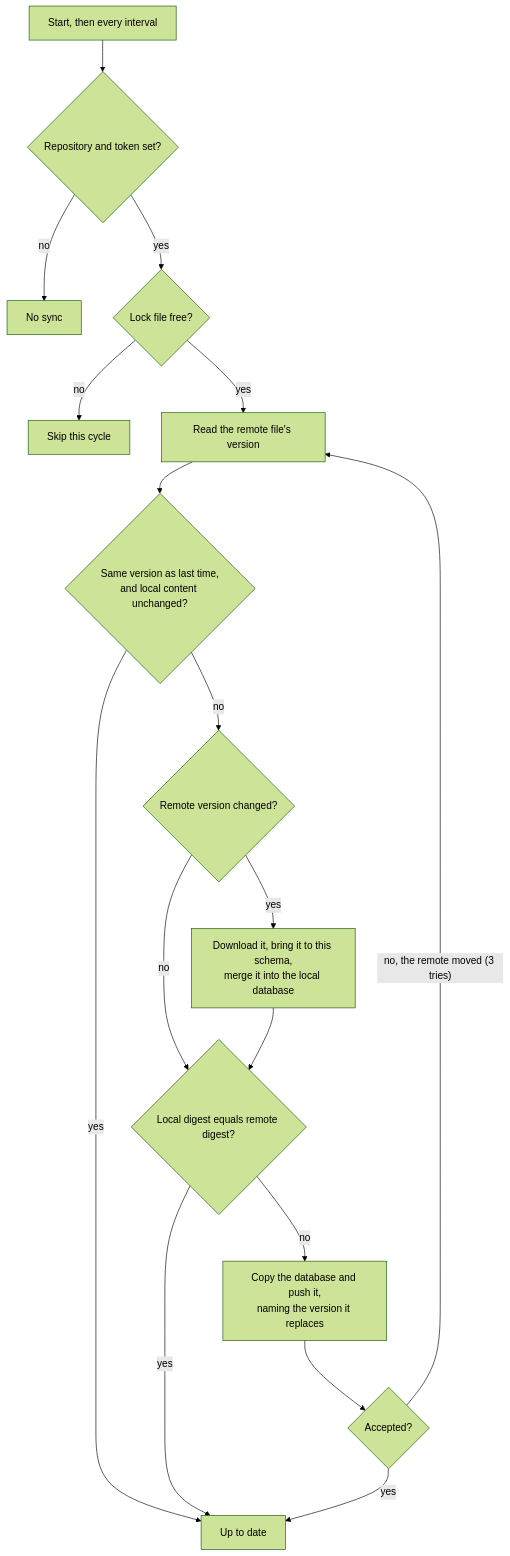
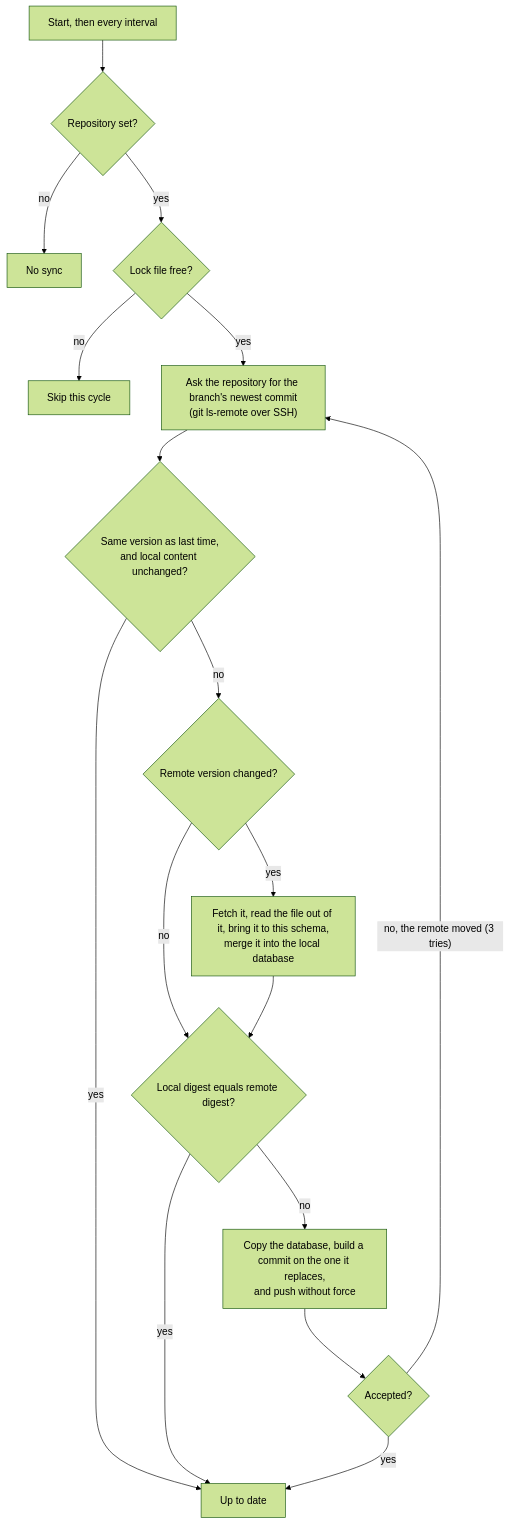
One commit to loganventer/Corvus.Mcp.Server.Tawk changed diagram 11 of 12 in HOW_IT_WORKS.md. Above: the diagram before and after it, drawn with Mermaid (forest theme). The commit also changed other lines of this file and 5 other files, not shown here.

````diff
--- a/HOW_IT_WORKS.md
+++ b/HOW_IT_WORKS.md
@@ -296,19 +296,19 @@
 ```mermaid
 flowchart TD
-    START["Start, then every interval"] --> SET{"Repository and token set?"}
+    START["Start, then every interval"] --> SET{"Repository set?"}
     SET -- no --> OFF["No sync"]
     SET -- yes --> LOCK{"Lock file free?"}
     LOCK -- no --> SKIP["Skip this cycle"]
-    LOCK -- yes --> HEAD["Read the remote file's version"]
+    LOCK -- yes --> HEAD["Ask the repository for the branch's newest commit<br/>(git ls-remote over SSH)"]
     HEAD --> SAME{"Same version as last time,<br/>and local content unchanged?"}
     SAME -- yes --> DONE["Up to date"]
     SAME -- no --> CHANGED{"Remote version changed?"}
-    CHANGED -- yes --> MERGE["Download it, bring it to this schema,<br/>merge it into the local database"]
+    CHANGED -- yes --> MERGE["Fetch it, read the file out of it, bring it to this schema,<br/>merge it into the local database"]
     CHANGED -- no --> DIGEST
     MERGE --> DIGEST{"Local digest equals remote digest?"}
     DIGEST -- yes --> DONE
-    DIGEST -- no --> PUSH["Copy the database and push it,<br/>naming the version it replaces"]
+    DIGEST -- no --> PUSH["Copy the database, build a commit on the one it replaces,<br/>and push without force"]
     PUSH --> OK{"Accepted?"}
     OK -- yes --> DONE
     OK -- "no, the remote moved (3 tries)" --> HEAD
 ```
````
